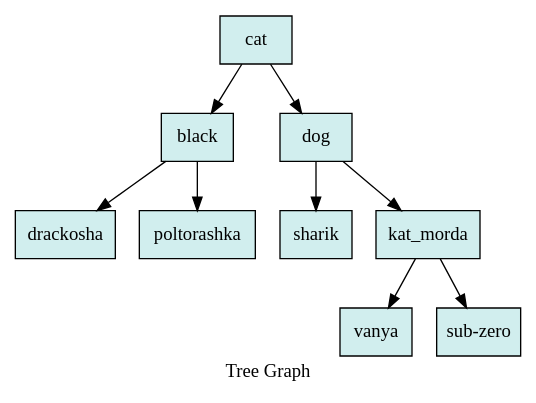
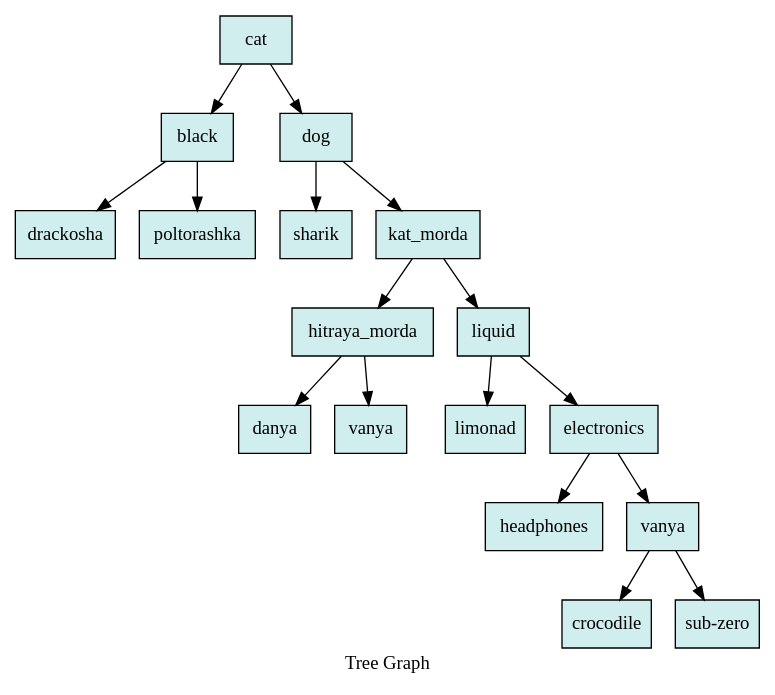
One commit to StaVan28/iLab changed the diagram in 7_akinator/Txt/graph_tree_rls.dot. Above: the diagram before and after it, drawn with Graphviz. The commit also changed 8 other files, not shown here.

```diff
--- a/7_akinator/Txt/graph_tree_rls.dot
+++ b/7_akinator/Txt/graph_tree_rls.dot
@@ -1,43 +1,75 @@
 digraph Tree {
 
 	node [shape = "circle", style = "filled", fillcolor = "red",fontcolor = "#000000", margin = "0.01"];
 	rankdir = "TB";
 
 	label = "Tree Graph";
 
-	"0x4dce640" [shape = "record", fillcolor="lightcyan2", label = "{cat}" ];
-	"0x4dce640"->"0x4dce6c0";
-	"0x4dce640"->"0x4dce840";
+	"0x4dceab0" [shape = "record", fillcolor="lightcyan2", label = "{cat}" ];
+	"0x4dceab0"->"0x4dceb30";
+	"0x4dceab0"->"0x4dcecb0";
 
 
-	"0x4dce840" [shape = "record", fillcolor="lightcyan2", label = "{dog}" ];
-	"0x4dce840"->"0x4dce8c0";
-	"0x4dce840"->"0x4dce940";
+	"0x4dcecb0" [shape = "record", fillcolor="lightcyan2", label = "{dog}" ];
+	"0x4dcecb0"->"0x4dced30";
+	"0x4dcecb0"->"0x4dcedb0";
 
 
-	"0x4dce940" [shape = "record", fillcolor="lightcyan2", label = "{kat_morda}" ];
-	"0x4dce940"->"0x4dce9c0";
-	"0x4dce940"->"0x4dcea40";
+	"0x4dcedb0" [shape = "record", fillcolor="lightcyan2", label = "{kat_morda}" ];
+	"0x4dcedb0"->"0x4dcee30";
+	"0x4dcedb0"->"0x4dcefb0";
 
 
-	"0x4dcea40" [shape = "record", fillcolor="lightcyan2", label = "{sub-zero}" ];
+	"0x4dcefb0" [shape = "record", fillcolor="lightcyan2", label = "{liquid}" ];
+	"0x4dcefb0"->"0x4dcf030";
+	"0x4dcefb0"->"0x4dcf0b0";
 
 
-	"0x4dce9c0" [shape = "record", fillcolor="lightcyan2", label = "{vanya}" ];
+	"0x4dcf0b0" [shape = "record", fillcolor="lightcyan2", label = "{electronics}" ];
+	"0x4dcf0b0"->"0x4dcf130";
+	"0x4dcf0b0"->"0x4dcf1b0";
 
 
-	"0x4dce8c0" [shape = "record", fillcolor="lightcyan2", label = "{sharik}" ];
+	"0x4dcf1b0" [shape = "record", fillcolor="lightcyan2", label = "{vanya}" ];
+	"0x4dcf1b0"->"0x4dcf230";
+	"0x4dcf1b0"->"0x4dcf2b0";
 
 
-	"0x4dce6c0" [shape = "record", fillcolor="lightcyan2", label = "{black}" ];
-	"0x4dce6c0"->"0x4dce740";
-	"0x4dce6c0"->"0x4dce7c0";
+	"0x4dcf2b0" [shape = "record", fillcolor="lightcyan2", label = "{sub-zero}" ];
 
 
-	"0x4dce7c0" [shape = "record", fillcolor="lightcyan2", label = "{poltorashka}" ];
+	"0x4dcf230" [shape = "record", fillcolor="lightcyan2", label = "{crocodile}" ];
 
 
-	"0x4dce740" [shape = "record", fillcolor="lightcyan2", label = "{drackosha}" ];
+	"0x4dcf130" [shape = "record", fillcolor="lightcyan2", label = "{headphones}" ];
+
+
+	"0x4dcf030" [shape = "record", fillcolor="lightcyan2", label = "{limonad}" ];
+
+
+	"0x4dcee30" [shape = "record", fillcolor="lightcyan2", label = "{hitraya_morda}" ];
+	"0x4dcee30"->"0x4dceeb0";
+	"0x4dcee30"->"0x4dcef30";
+
+
+	"0x4dcef30" [shape = "record", fillcolor="lightcyan2", label = "{vanya}" ];
+
+
+	"0x4dceeb0" [shape = "record", fillcolor="lightcyan2", label = "{danya}" ];
+
+
+	"0x4dced30" [shape = "record", fillcolor="lightcyan2", label = "{sharik}" ];
+
+
+	"0x4dceb30" [shape = "record", fillcolor="lightcyan2", label = "{black}" ];
+	"0x4dceb30"->"0x4dcebb0";
+	"0x4dceb30"->"0x4dcec30";
+
+
+	"0x4dcec30" [shape = "record", fillcolor="lightcyan2", label = "{poltorashka}" ];
+
+
+	"0x4dcebb0" [shape = "record", fillcolor="lightcyan2", label = "{drackosha}" ];
 
 
 }
```
